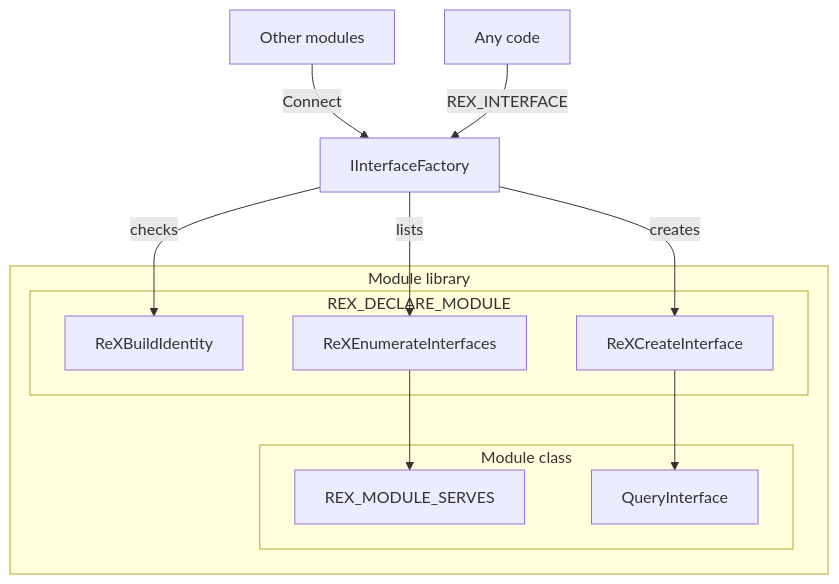
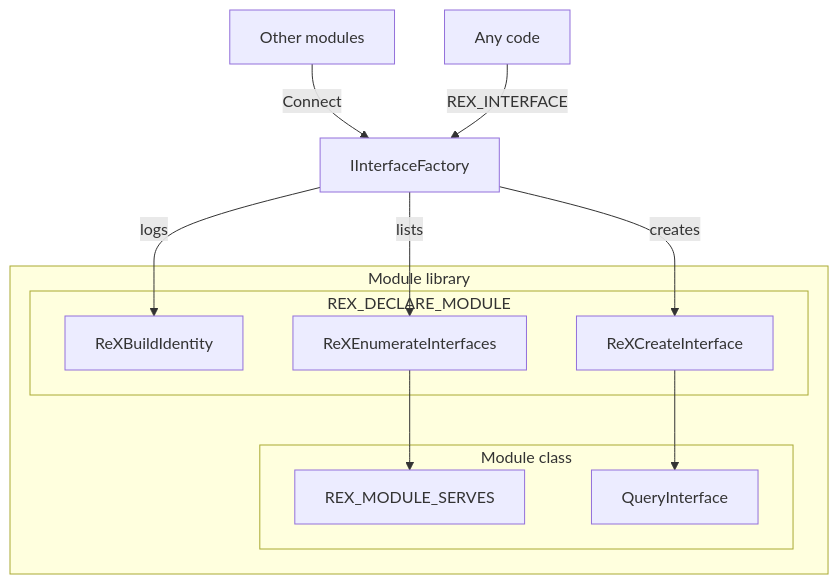
One commit to rexglue/rexglue-sdk changed the first of 4 diagrams in docs/site/pages/app/modules.md. Above: the diagram before and after it, drawn with Mermaid. The commit also changed other lines of this file and 23 other files, not shown here.

````diff
--- a/docs/site/pages/app/modules.md
+++ b/docs/site/pages/app/modules.md
@@ -53,21 +53,21 @@
 ```mermaid
 flowchart TB
     subgraph lib["Module library"]
         subgraph mod["Module class"]
             served["REX_MODULE_SERVES"]
             qi["QueryInterface"]
         end
         subgraph exports["REX_DECLARE_MODULE"]
             id["ReXBuildIdentity"]
             enum["ReXEnumerateInterfaces"]
             create["ReXCreateInterface"]
         end
         enum --> served
         create --> qi
     end
-    factory["IInterfaceFactory"] -- checks --> id
+    factory["IInterfaceFactory"] -- logs --> id
     factory -- lists --> enum
     factory -- creates --> create
     other["Other modules"] -- Connect --> factory
     code["Any code"] -- REX_INTERFACE --> factory
 ```
````
